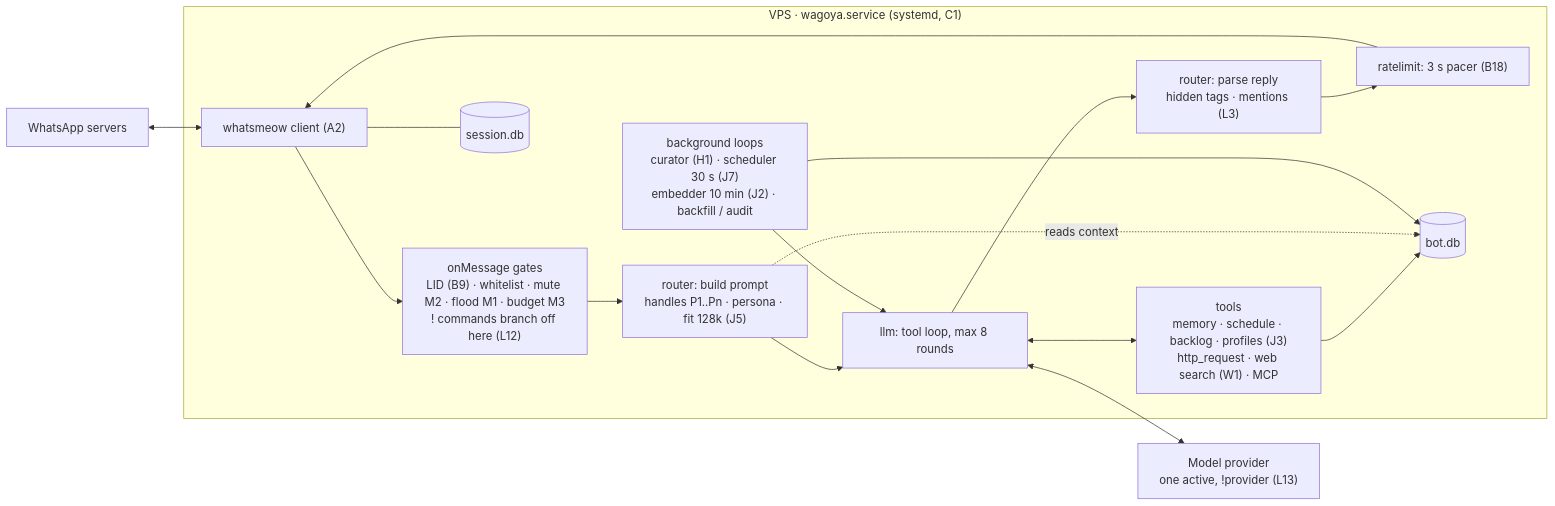
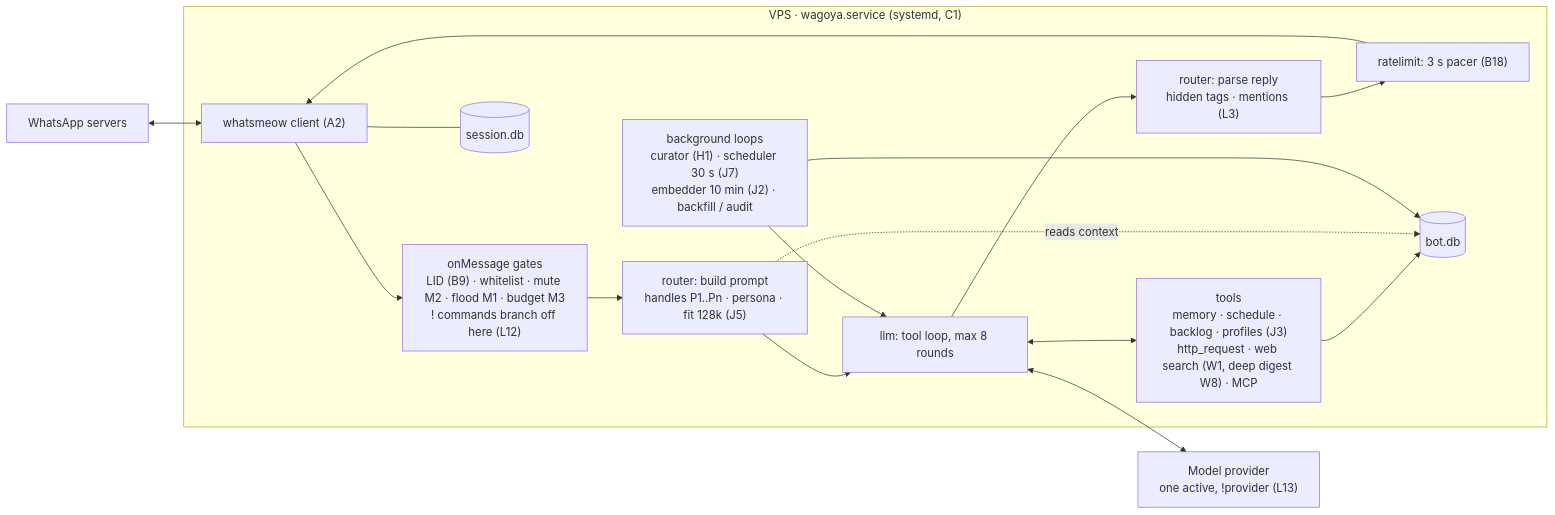
One commit to kritzerenkrieg/wagoya changed the first of 3 diagrams in ARCHITECTURE.md. Above: the diagram before and after it, drawn with Mermaid. The commit also changed 15 other files, not shown here.

First line of the commit message:
W8: deep web search with a switchable backend

````diff
--- a/ARCHITECTURE.md
+++ b/ARCHITECTURE.md
@@ -7,29 +7,29 @@
 ```mermaid
 flowchart LR
     WA["WhatsApp servers"]
 
     subgraph VPS["VPS · wagoya.service (systemd, C1)"]
         WM["whatsmeow client (A2)"]
         GATE["onMessage gates<br/>LID (B9) · whitelist · mute M2 · flood M1 · budget M3<br/>! commands branch off here (L12)"]
         BUILD["router: build prompt<br/>handles P1..Pn · persona · fit 128k (J5)"]
         LLM["llm: tool loop, max 8 rounds"]
         PARSE["router: parse reply<br/>hidden tags · mentions (L3)"]
         PACE["ratelimit: 3 s pacer (B18)"]
-        TOOLS["tools<br/>memory · schedule · backlog · profiles (J3)<br/>http_request · web search (W1) · MCP"]
+        TOOLS["tools<br/>memory · schedule · backlog · profiles (J3)<br/>http_request · web search (W1, deep digest W8) · MCP"]
         BG["background loops<br/>curator (H1) · scheduler 30 s (J7)<br/>embedder 10 min (J2) · backfill / audit"]
         BDB[("bot.db")]
         SDB[("session.db")]
     end
 
     MODEL["Model provider<br/>one active, !provider (L13)"]
 
     WA <--> WM
     WM --> GATE --> BUILD --> LLM --> PARSE --> PACE --> WM
     LLM <--> MODEL
     LLM <--> TOOLS
     TOOLS --> BDB
     BUILD -. reads context .-> BDB
     BG --> LLM
     BG --> BDB
     WM --- SDB
 ```
````
